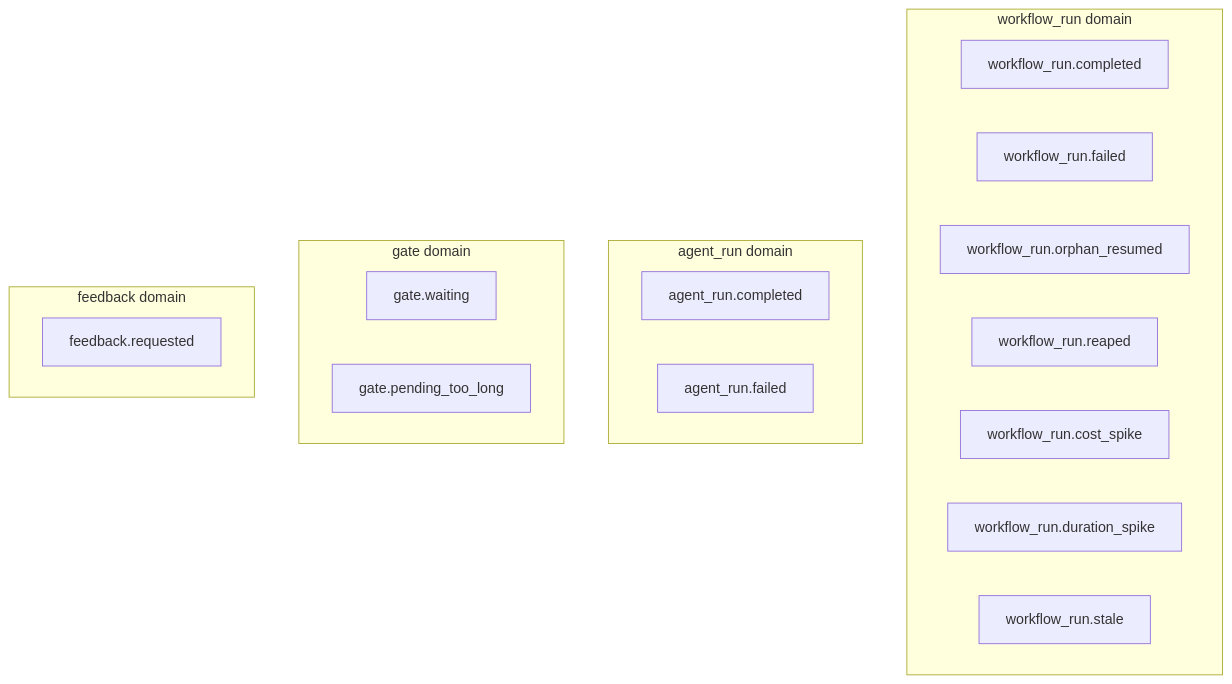
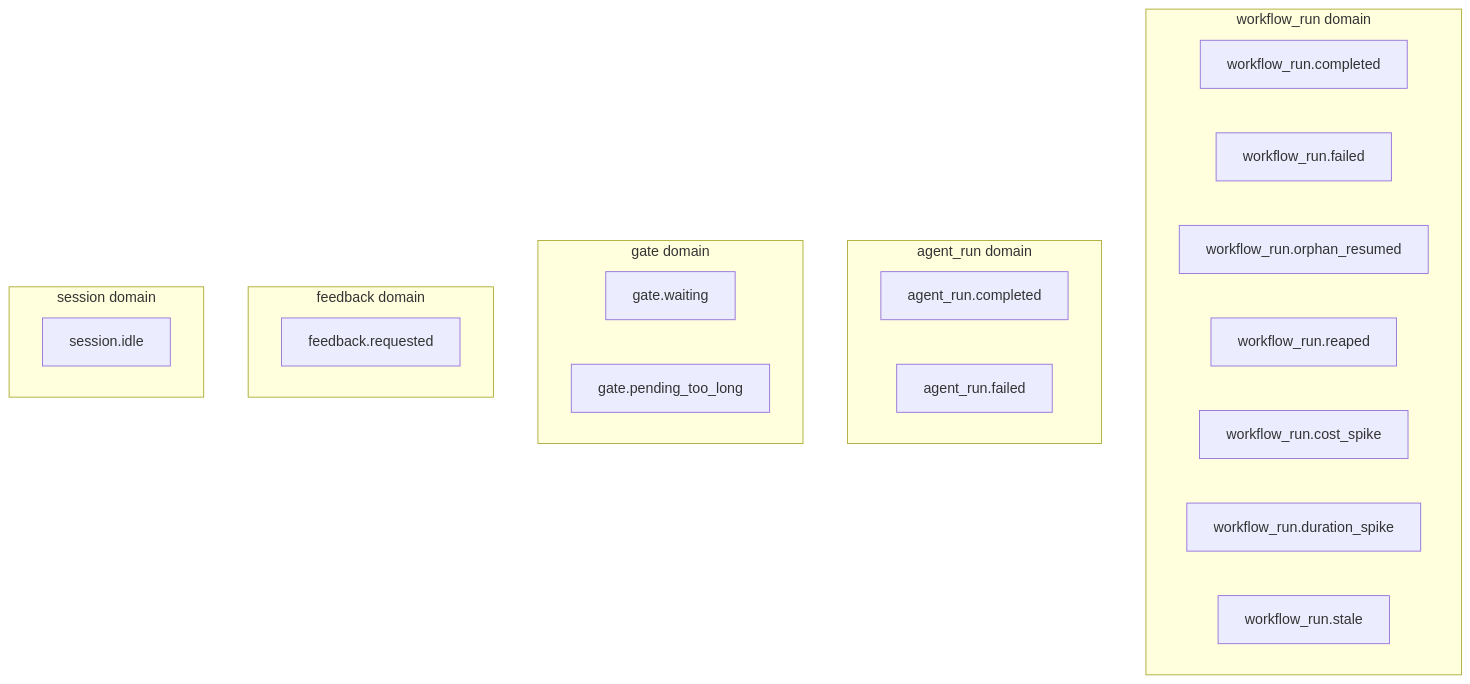
The first of 6 diagrams in docs/notification-hooks.md (devinrosen/conductor-ai), drawn with Mermaid before and after one commit. The commit also changed other lines of this file and 15 other files, not shown here.

First line of the commit message:
feat(notify): add session.idle notification for interactive sessions (#3159) (#3208)

````diff
--- a/docs/notification-hooks.md
+++ b/docs/notification-hooks.md
@@ -15,26 +15,30 @@
 ```mermaid
 flowchart TD
     subgraph WF["workflow_run domain"]
         WRC["workflow_run.completed"]
         WRF["workflow_run.failed"]
         WRO["workflow_run.orphan_resumed"]
         WRR["workflow_run.reaped"]
         WCS["workflow_run.cost_spike"]
         WDS["workflow_run.duration_spike"]
         WRS["workflow_run.stale"]
     end
 
     subgraph AG["agent_run domain"]
         ARC["agent_run.completed"]
         ARF["agent_run.failed"]
     end
 
     subgraph GT["gate domain"]
         GW["gate.waiting"]
         GPT["gate.pending_too_long"]
     end
 
     subgraph FB["feedback domain"]
         FR["feedback.requested"]
     end
+
+    subgraph SS["session domain"]
+        SI["session.idle"]
+    end
 ```
````
